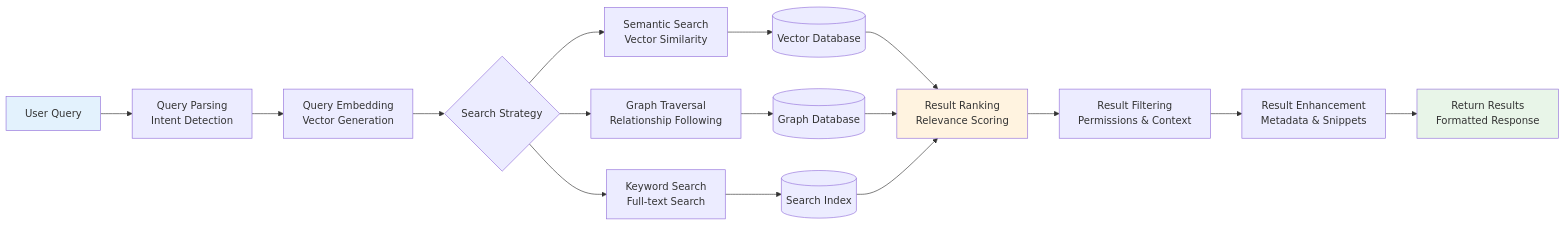
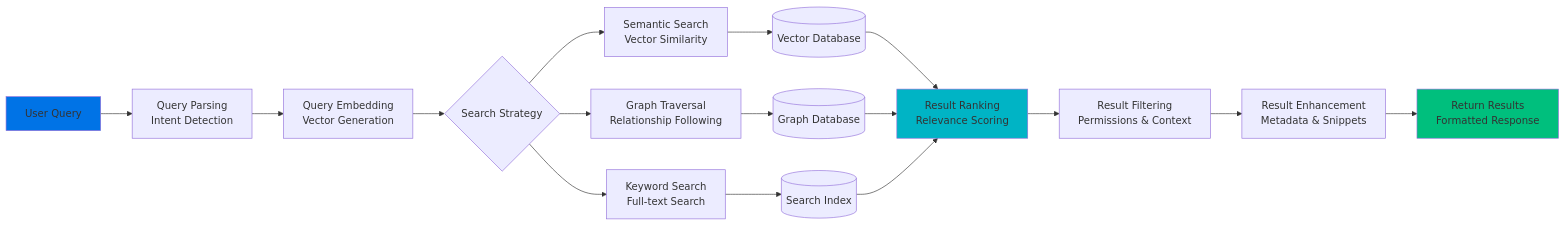
One commit to elementalcollision/GraphMemory-IDE changed the fifth of 17 diagrams in README.md. Above: the diagram before and after it, drawn with Mermaid. The commit also changed other lines of this file, not shown here.

Commit message:
feat: Apply vibrant color palette to all Mermaid diagrams for improved readability and visual consistency

````diff
--- a/README.md
+++ b/README.md
@@ -302,27 +302,27 @@
 ```mermaid
 flowchart LR
     QUERY[User Query] --> PARSE[Query Parsing<br/>Intent Detection]
     PARSE --> EMBED_Q[Query Embedding<br/>Vector Generation]
     
     EMBED_Q --> SEARCH_TYPES{Search Strategy}
     
     SEARCH_TYPES --> SEMANTIC[Semantic Search<br/>Vector Similarity]
     SEARCH_TYPES --> GRAPH[Graph Traversal<br/>Relationship Following]
     SEARCH_TYPES --> KEYWORD[Keyword Search<br/>Full-text Search]
     
     SEMANTIC --> VECTOR_DB[(Vector Database)]
     GRAPH --> GRAPH_DB[(Graph Database)]
     KEYWORD --> SEARCH_INDEX[(Search Index)]
     
     VECTOR_DB --> RANK[Result Ranking<br/>Relevance Scoring]
     GRAPH_DB --> RANK
     SEARCH_INDEX --> RANK
     
     RANK --> FILTER[Result Filtering<br/>Permissions & Context]
     FILTER --> ENHANCE[Result Enhancement<br/>Metadata & Snippets]
     ENHANCE --> RETURN[Return Results<br/>Formatted Response]
     
-    style QUERY fill:#e3f2fd
-    style RANK fill:#fff3e0
-    style RETURN fill:#e8f5e8
+    style QUERY fill:#0073e6
+    style RANK fill:#00b4c5
+    style RETURN fill:#00bf7d
 ```
````
